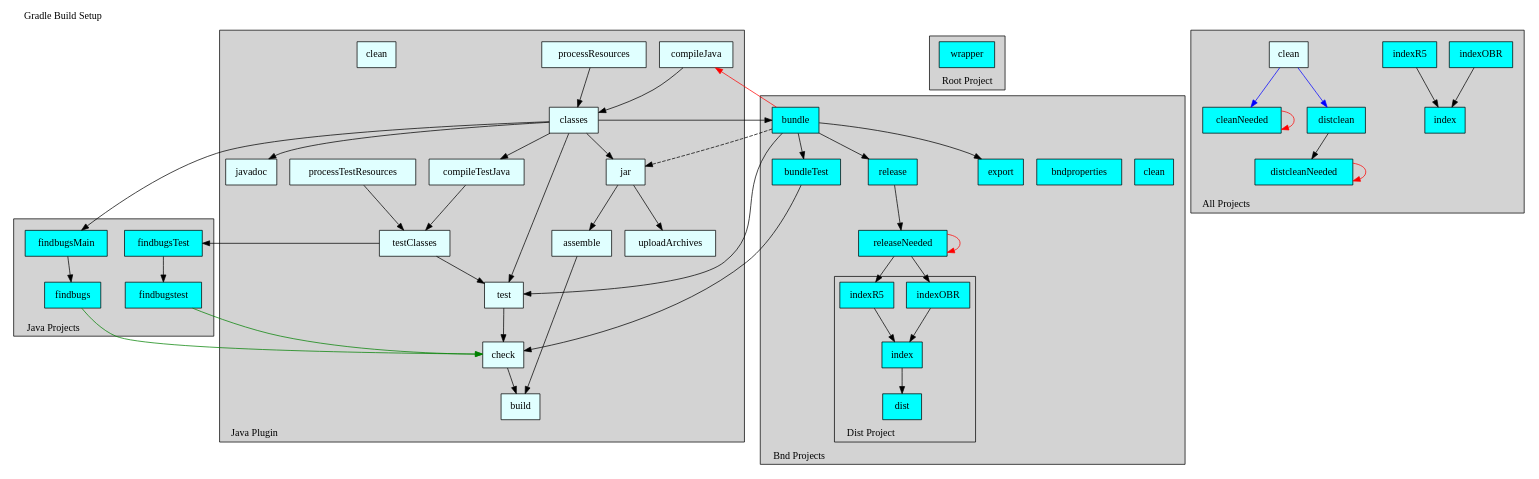
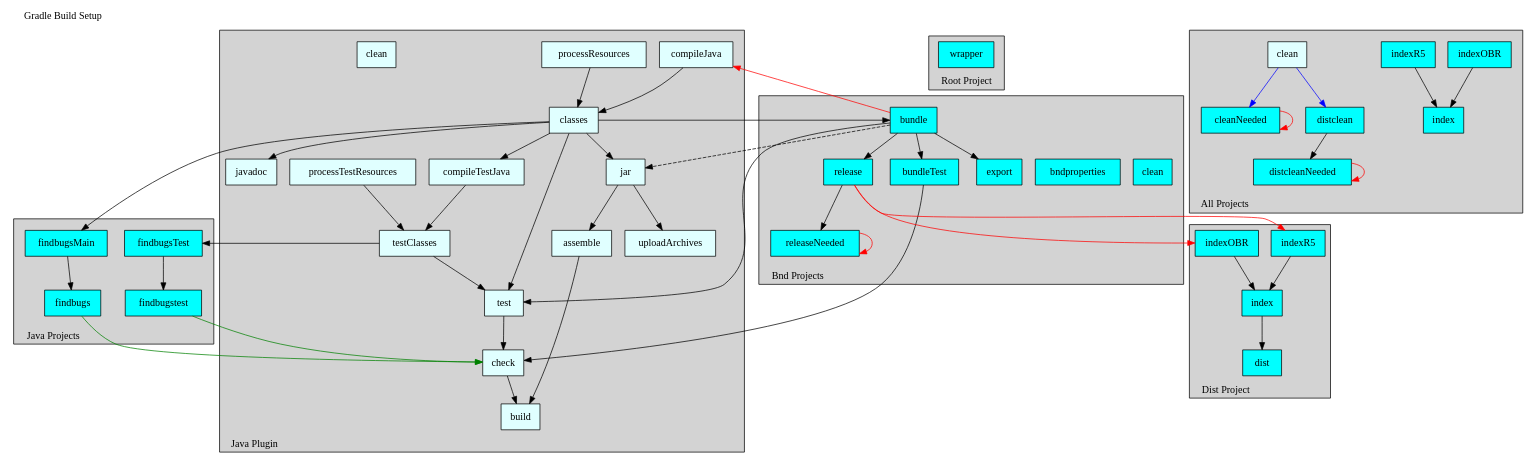
The diagram in cnf/gradle/doc/bnd.dot (bndtools/bnd), drawn with Graphviz before and after one commit. The commit also changed 9 other files, not shown here.

First line of the commit message:
Simplify the dist project

```diff
--- a/cnf/gradle/doc/bnd.dot
+++ b/cnf/gradle/doc/bnd.dot
@@ -98,26 +98,6 @@
       export               [shape=box, style=filled, fillcolor=cyan     , label="export"              ]
     }
 
-    subgraph cluster100 {
-      label="Dist Project";
-      labelloc=b
-      labeljust=l
-      style=filled;
-      fillcolor=lightgrey;
-      color=black;
-
-      distIndexOBR           [shape=box, style=filled, fillcolor=cyan, label="indexOBR"]
-      distIndexR5            [shape=box, style=filled, fillcolor=cyan, label="indexR5"]
-      distIndex              [shape=box, style=filled, fillcolor=cyan, label="index"]
-      distDist               [shape=box, style=filled, fillcolor=cyan, label="dist"]
-
-      releaseNeeded          -> distIndexOBR
-      releaseNeeded          -> distIndexR5
-      distIndexOBR           -> distIndex
-      distIndexR5            -> distIndex
-      distIndex              -> distDist
-    }
-
     classes                -> bundle
     bundle                 -> compileJava        [color=red   ]
     bundle                 -> jar                [style=dashed]
@@ -208,4 +188,24 @@
     distclean              -> distcleanNeeded
     distcleanNeeded        -> distcleanNeeded    [color=red   ]
   }
+
+    subgraph cluster100 {
+      label="Dist Project";
+      labelloc=b
+      labeljust=l
+      style=filled;
+      fillcolor=lightgrey;
+      color=black;
+
+      distIndexOBR           [shape=box, style=filled, fillcolor=cyan, label="indexOBR"]
+      distIndexR5            [shape=box, style=filled, fillcolor=cyan, label="indexR5"]
+      distIndex              [shape=box, style=filled, fillcolor=cyan, label="index"]
+      distDist               [shape=box, style=filled, fillcolor=cyan, label="dist"]
+
+      release                -> distIndexOBR     [color=red   ]
+      release                -> distIndexR5      [color=red   ]
+      distIndexOBR           -> distIndex
+      distIndexR5            -> distIndex
+      distIndex              -> distDist
+    }
 }
```
